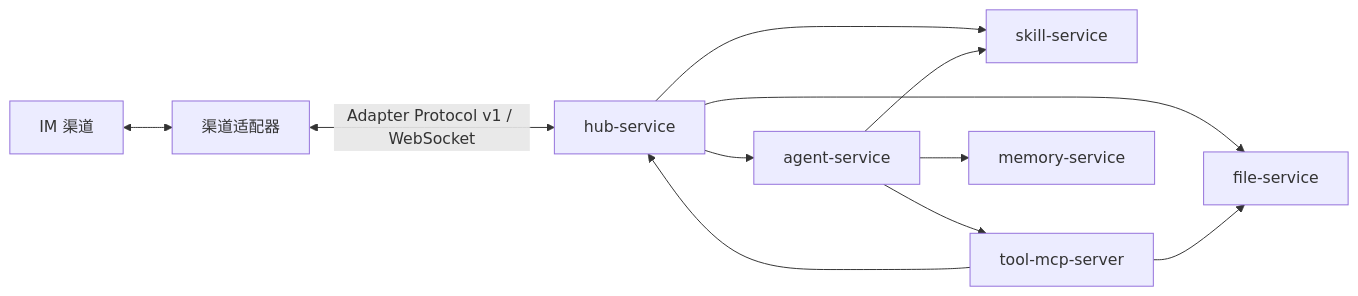
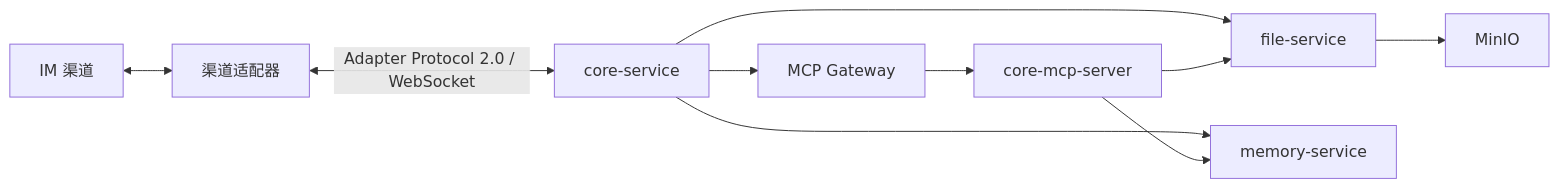
Before and after one commit to tamakara/AIChan: the diagram in README.md, drawn with Mermaid. The commit also changed other lines of this file and 168 other files, not shown here.

````diff
--- a/README.md
+++ b/README.md
@@ -7,13 +7,12 @@
 ```mermaid
 flowchart LR
     IM[IM 渠道] <--> adapter[渠道适配器]
-    adapter <-->|Adapter Protocol v1 / WebSocket| hub[hub-service]
-    hub --> agent[agent-service]
-    hub --> files[file-service]
-    hub --> skills[skill-service]
-    agent --> skills
-    agent --> mcp[tool-mcp-server]
-    mcp --> hub
-    mcp --> files
-    agent --> memory[memory-service]
+    adapter <-->|Adapter Protocol 2.0 / WebSocket| core[core-service]
+    core --> gateway[MCP Gateway]
+    gateway --> tools[core-mcp-server]
+    core --> files[file-service]
+    tools --> files
+    core --> memory[memory-service]
+    tools --> memory
+    files --> minio[MinIO]
 ```
````
